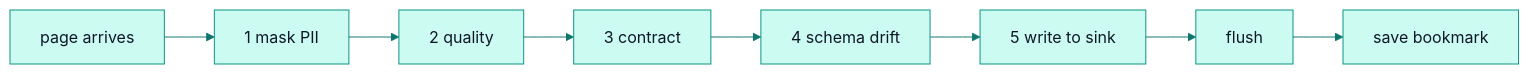
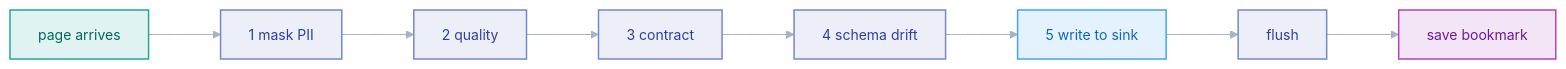
The fifth of 5 diagrams in docs/architecture/learn.md (PawanSikawat/faucet-stream), drawn with Mermaid before and after one commit. The commit also changed other lines of this file and 28 other files, not shown here.

First line of the commit message:
docs: upgrade Mermaid diagrams to V2 role-coded style

````diff
--- a/docs/architecture/learn.md
+++ b/docs/architecture/learn.md
@@ -278,5 +300,13 @@
 ```mermaid
-%%{init: {'theme':'base','themeVariables':{'primaryColor':'#ccfbf1','primaryTextColor':'#0f172a','primaryBorderColor':'#0d9488','lineColor':'#0f766e','secondaryColor':'#e0f2fe','tertiaryColor':'#f0fdfa','fontFamily':'-apple-system,BlinkMacSystemFont,Segoe UI,sans-serif'}}}%%
+%%{init: {'theme':'base','flowchart':{'curve':'basis','nodeSpacing':50,'rankSpacing':72,'padding':14},'themeVariables':{'fontFamily':'-apple-system,BlinkMacSystemFont,Segoe UI,sans-serif','fontSize':'14px','lineColor':'#a5b4c4','clusterBkg':'#f8fafc','clusterBorder':'#e2e8f0'}}}%%
 flowchart LR
     PAGE[page arrives] --> MASK[1 mask PII] --> Q[2 quality] --> C[3 contract] --> D[4 schema drift] --> WRITE[5 write to sink] --> FLUSH[flush] --> CK[save bookmark]
+    classDef src fill:#e0f2f1,stroke:#26a69a,stroke-width:1.5px,color:#00695c
+    classDef proc fill:#eceff8,stroke:#7986cb,stroke-width:1.5px,color:#303f9f
+    classDef store fill:#f3e5f5,stroke:#ab47bc,stroke-width:1.5px,color:#6a1b9a
+    classDef sink fill:#e3f2fd,stroke:#42a5f5,stroke-width:1.5px,color:#1565c0
+    class PAGE src
+    class MASK,Q,C,D,FLUSH proc
+    class CK store
+    class WRITE sink
 ```
````
